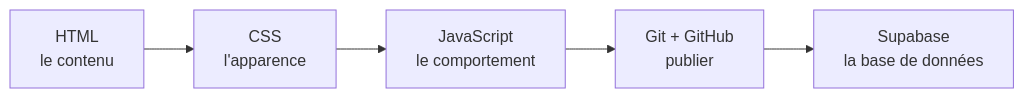
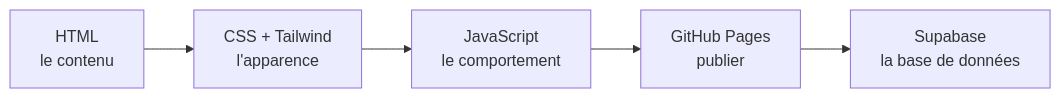
One commit to Selimmmm/attam-web-intro changed the first of 3 diagrams in accueil.md. Above: the diagram before and after it, drawn with Mermaid. The commit also changed other lines of this file and 11 other files, not shown here.

````diff
--- a/accueil.md
+++ b/accueil.md
@@ -14,7 +14,7 @@
 ```mermaid
 flowchart LR
-  HTML[HTML<br/>le contenu] --> CSS[CSS<br/>l'apparence]
+  HTML[HTML<br/>le contenu] --> CSS[CSS + Tailwind<br/>l'apparence]
   CSS --> JS[JavaScript<br/>le comportement]
-  JS --> Git[Git + GitHub<br/>publier]
+  JS --> Git[GitHub Pages<br/>publier]
   Git --> Supa[Supabase<br/>la base de données]
 ```
````
